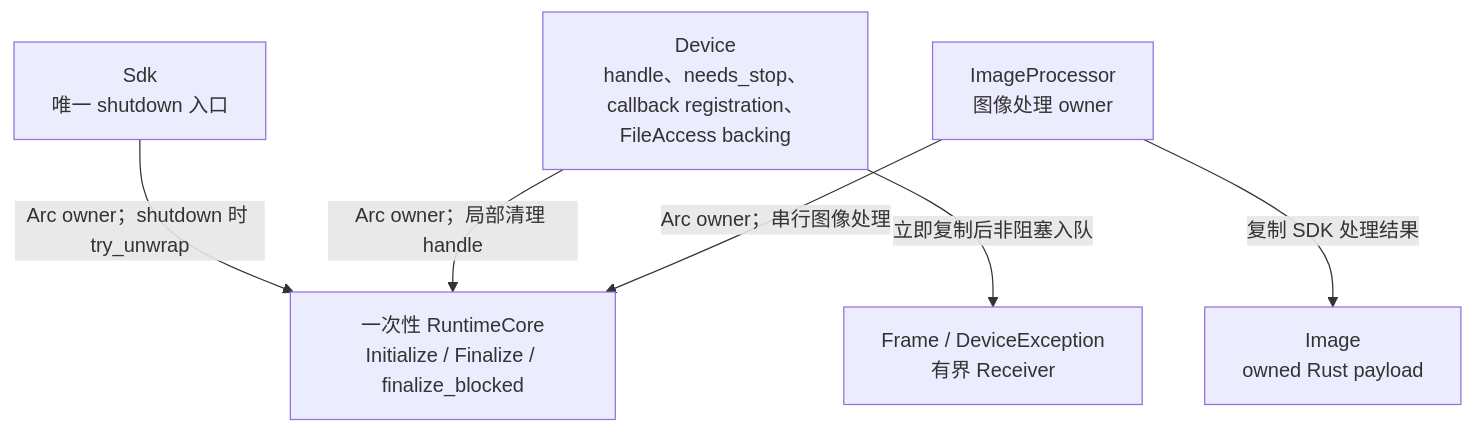
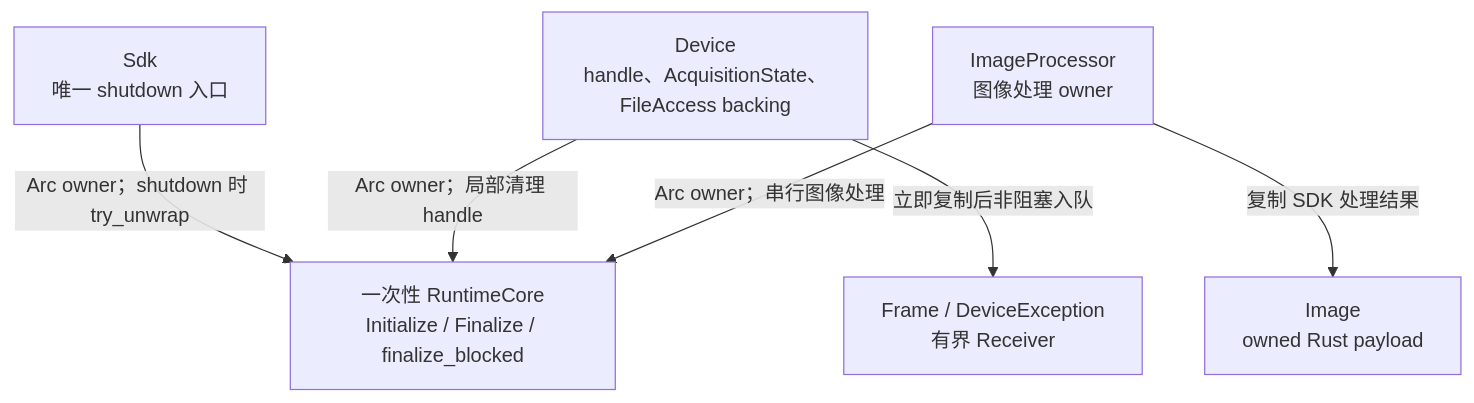
One commit to JSB-Unscarred/3dmvs-sdk-rs changed the first of 3 diagrams in 生命周期与时序图.md. Above: the diagram before and after it, drawn with Mermaid. The commit also changed other lines of this file and 10 other files, not shown here.

````diff
--- a/生命周期与时序图.md
+++ b/生命周期与时序图.md
@@ -5,15 +5,15 @@
 ```mermaid
 flowchart TD
     Session["一次性 RuntimeCore<br/>Initialize / Finalize / finalize_blocked"]
     SDK["Sdk<br/>唯一 shutdown 入口"]
-    Device["Device<br/>handle、needs_stop、callback registration、FileAccess backing"]
+    Device["Device<br/>handle、AcquisitionState、FileAccess backing"]
     Processor["ImageProcessor<br/>图像处理 owner"]
     Receivers["Frame / DeviceException<br/>有界 Receiver"]
     Images["Image<br/>owned Rust payload"]
 
     SDK -->|Arc owner；shutdown 时 try_unwrap| Session
     Device -->|Arc owner；局部清理 handle| Session
     Processor -->|Arc owner；串行图像处理| Session
     Device -->|立即复制后非阻塞入队| Receivers
     Processor -->|复制 SDK 处理结果| Images
 ```
````
